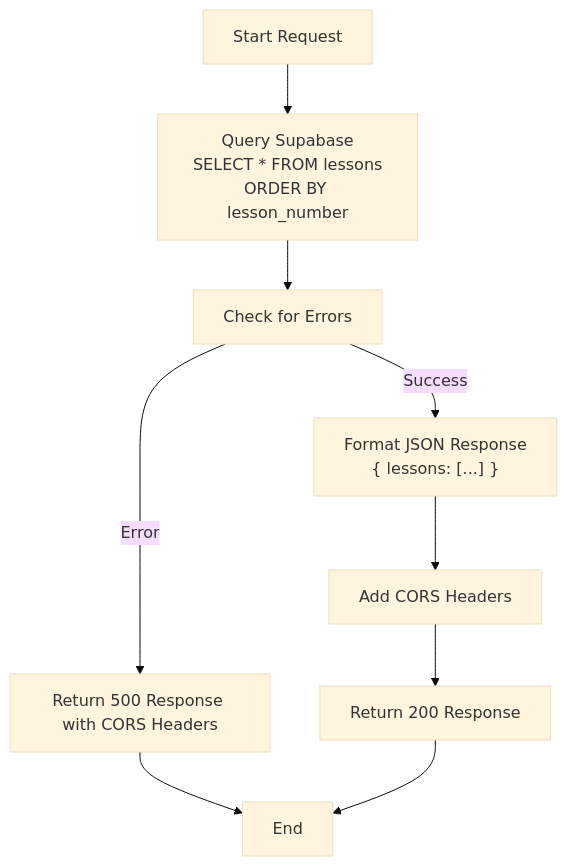
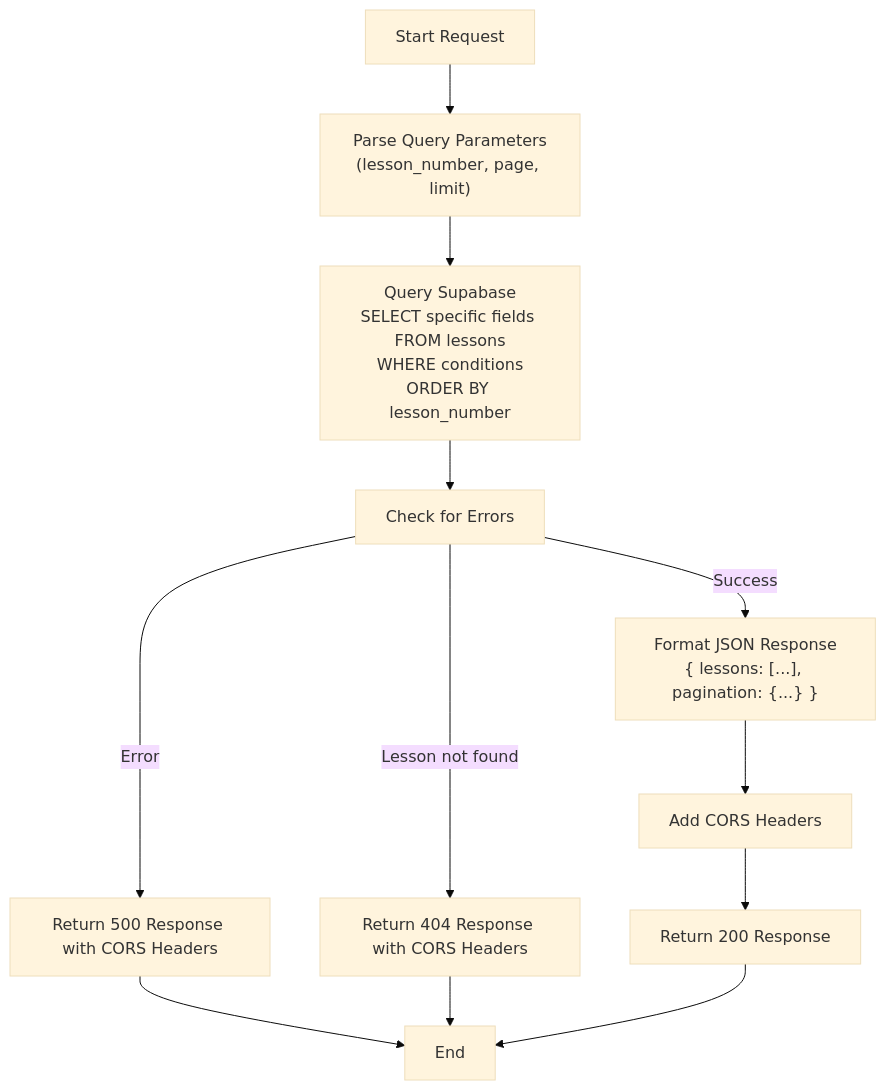
Before and after one commit to lommaks777/pesonalisev2: the third of 3 diagrams in .qoder/repowiki/en/content/API Reference/GET _api_lessons.md, drawn with Mermaid (base theme). The commit also changed other lines of this file and 42 other files, not shown here.

````diff
--- a/.qoder/repowiki/en/content/API Reference/GET _api_lessons.md
+++ b/.qoder/repowiki/en/content/API Reference/GET _api_lessons.md
@@ -302,11 +382,14 @@
 ```mermaid
 flowchart TD
-Start["Start Request"] --> Query["Query Supabase<br>SELECT * FROM lessons<br>ORDER BY lesson_number"]
+Start["Start Request"] --> ParseQuery["Parse Query Parameters<br>(lesson_number, page, limit)"]
+ParseQuery --> Query["Query Supabase<br>SELECT specific fields FROM lessons<br>WHERE conditions<br>ORDER BY lesson_number"]
 Query --> Check["Check for Errors"]
 Check --> |Error| Return500["Return 500 Response with CORS Headers"]
-Check --> |Success| Format["Format JSON Response<br>{ lessons: [...] }"]
+Check --> |Lesson not found| Return404["Return 404 Response with CORS Headers"]
+Check --> |Success| Format["Format JSON Response<br>{ lessons: [...], pagination: {...} }"]
 Format --> AddCORS["Add CORS Headers"]
 AddCORS --> Return200["Return 200 Response"]
 Return500 --> End
+Return404 --> End
 Return200 --> End
 ```
````
